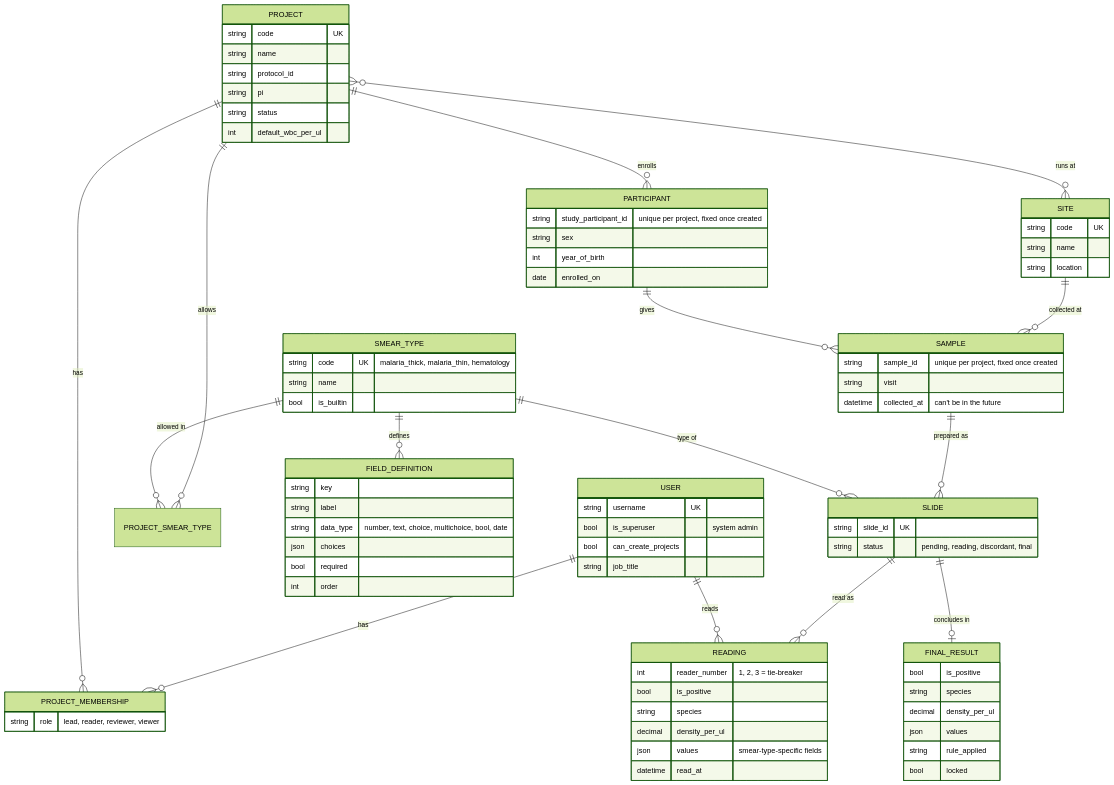
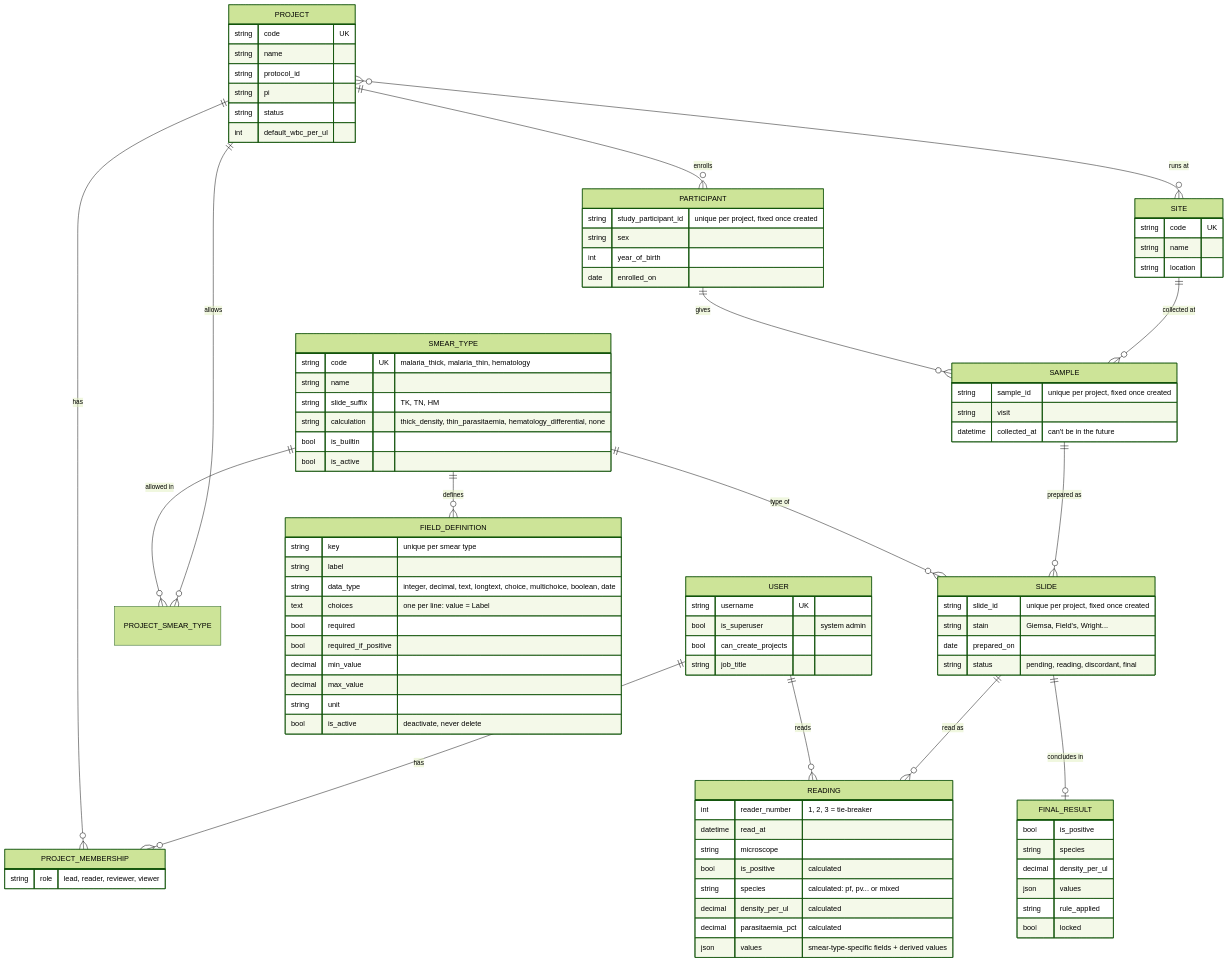
One commit to inabende/BSIS changed the third of 6 diagrams in docs/02-architecture.md. Above: the diagram before and after it, drawn with Mermaid (forest theme). The commit also changed other lines of this file and 39 other files, not shown here.

```diff
--- a/docs/02-architecture.md
+++ b/docs/02-architecture.md
@@ -146,15 +151,22 @@
     SMEAR_TYPE {
         string code UK "malaria_thick, malaria_thin, hematology"
         string name
+        string slide_suffix "TK, TN, HM"
+        string calculation "thick_density, thin_parasitaemia, hematology_differential, none"
         bool is_builtin
+        bool is_active
     }
     FIELD_DEFINITION {
-        string key
+        string key "unique per smear type"
         string label
-        string data_type "number, text, choice, multichoice, bool, date"
-        json choices
+        string data_type "integer, decimal, text, longtext, choice, multichoice, boolean, date"
+        text choices "one per line: value = Label"
         bool required
-        int order
+        bool required_if_positive
+        decimal min_value
+        decimal max_value
+        string unit
+        bool is_active "deactivate, never delete"
     }
     USER {
         string username UK
@@ -179,16 +191,20 @@
         datetime collected_at "can't be in the future"
     }
     SLIDE {
-        string slide_id UK
+        string slide_id "unique per project, fixed once created"
+        string stain "Giemsa, Field's, Wright..."
+        date prepared_on
         string status "pending, reading, discordant, final"
     }
     READING {
         int reader_number "1, 2, 3 = tie-breaker"
-        bool is_positive
-        string species
-        decimal density_per_ul
-        json values "smear-type-specific fields"
         datetime read_at
+        string microscope
+        bool is_positive "calculated"
+        string species "calculated: pf, pv... or mixed"
+        decimal density_per_ul "calculated"
+        decimal parasitaemia_pct "calculated"
+        json values "smear-type-specific fields + derived values"
     }
     FINAL_RESULT {
         bool is_positive
```
